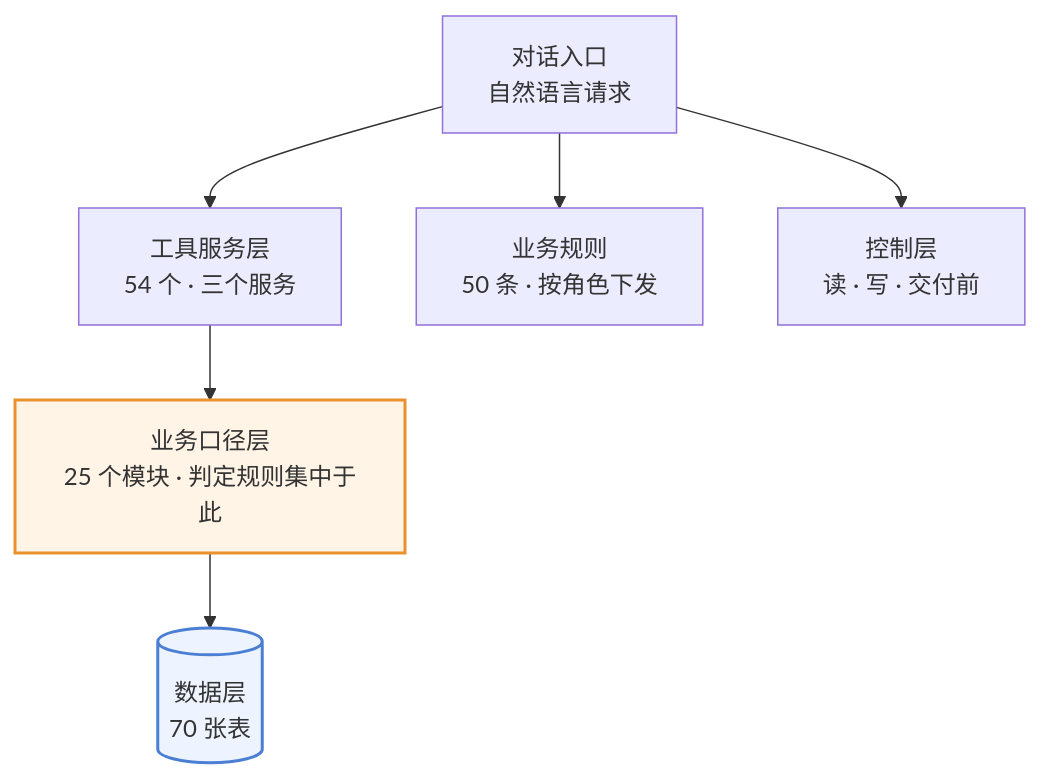
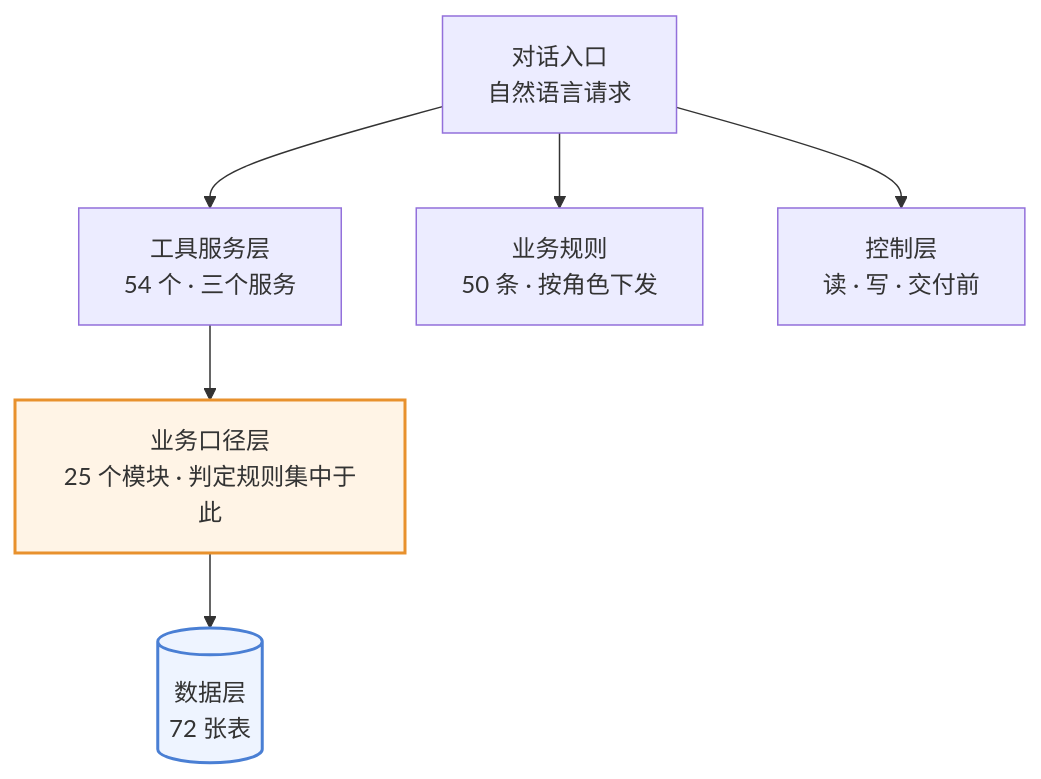
One commit to 843773296-rgb/lanxiu-yunshang-agent changed the first of 4 diagrams in 澜绣云裳agent-产品需求文档.md. Above: the diagram before and after it, drawn with Mermaid. The commit also changed other lines of this file and 7 other files, not shown here.

````diff
--- a/澜绣云裳agent-产品需求文档.md
+++ b/澜绣云裳agent-产品需求文档.md
@@ -134,12 +134,12 @@
 ```mermaid
 flowchart TD
     M["对话入口<br/>自然语言请求"]
     M --> T["工具服务层<br/>54 个 · 三个服务"]
     M --> R["业务规则<br/>50 条 · 按角色下发"]
     M --> G["控制层<br/>读 · 写 · 交付前"]
     T --> K["业务口径层<br/>25 个模块 · 判定规则集中于此"]
-    K --> DB[("数据层<br/>70 张表")]
+    K --> DB[("数据层<br/>72 张表")]
 
     style K fill:#fff4e6,stroke:#e8912d,stroke-width:2px
     style DB fill:#eef4ff,stroke:#4a7fd4,stroke-width:2px
 ```
````
